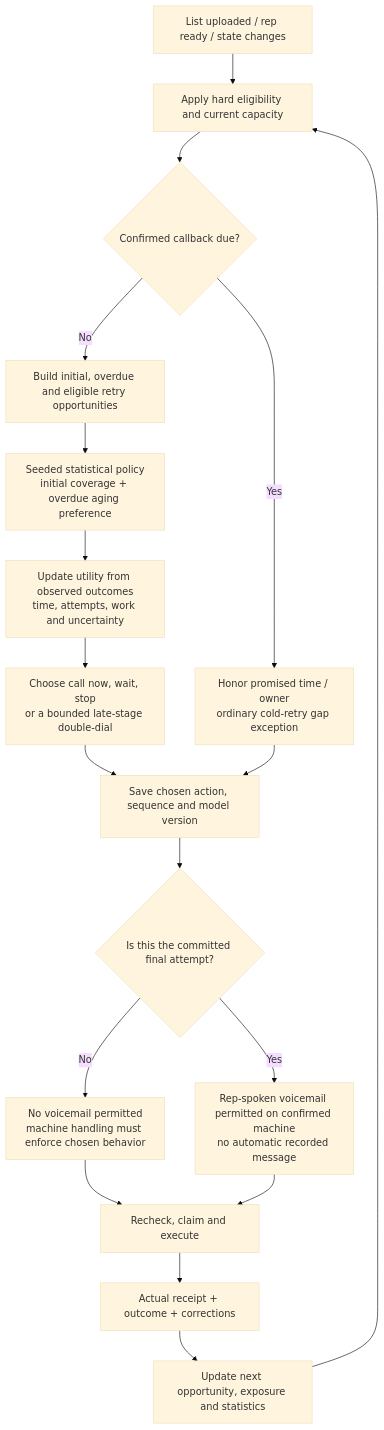
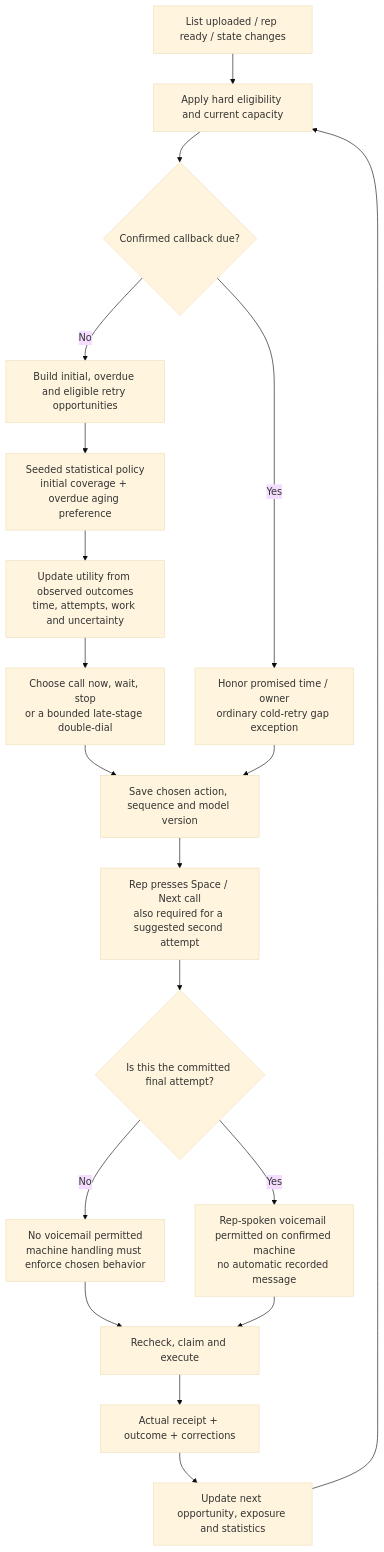
One commit to TanushV/OpenDialer changed the fourth of 5 diagrams in docs/ARCHITECTURE.md. Above: the diagram before and after it, drawn with Mermaid (base theme). The commit also changed other lines of this file and 5 other files, not shown here.

Commit message:
Plan manual calling, follow-up scripts and simpler setup

````diff
--- a/docs/ARCHITECTURE.md
+++ b/docs/ARCHITECTURE.md
@@ -357,20 +361,21 @@
 ```mermaid
 flowchart TD
     Event["List uploaded / rep ready / state changes"] --> Eligible["Apply hard eligibility and current capacity"]
     Eligible --> Callback{"Confirmed callback due?"}
     Callback -->|Yes| Promised["Honor promised time / owner<br/>ordinary cold-retry gap exception"]
     Callback -->|No| Candidates["Build initial, overdue and eligible retry opportunities"]
     Candidates --> Prior["Seeded statistical policy<br/>initial coverage + overdue aging preference"]
     Prior --> Score["Update utility from observed outcomes<br/>time, attempts, work and uncertainty"]
     Score --> Decide["Choose call now, wait, stop<br/>or a bounded late-stage double-dial"]
     Decide --> Plan["Save chosen action, sequence and model version"]
     Promised --> Plan
-    Plan --> Final{"Is this the committed final attempt?"}
+    Plan --> Manual["Rep presses Space / Next call<br/>also required for a suggested second attempt"]
+    Manual --> Final{"Is this the committed final attempt?"}
     Final -->|No| NoVM["No voicemail permitted<br/>machine handling must enforce chosen behavior"]
     Final -->|Yes| VM["Rep-spoken voicemail permitted on confirmed machine<br/>no automatic recorded message"]
     NoVM --> Call["Recheck, claim and execute"]
     VM --> Call
     Call --> Outcome["Actual receipt + outcome + corrections"]
     Outcome --> Update["Update next opportunity, exposure and statistics"]
     Update --> Eligible
 ```
````
